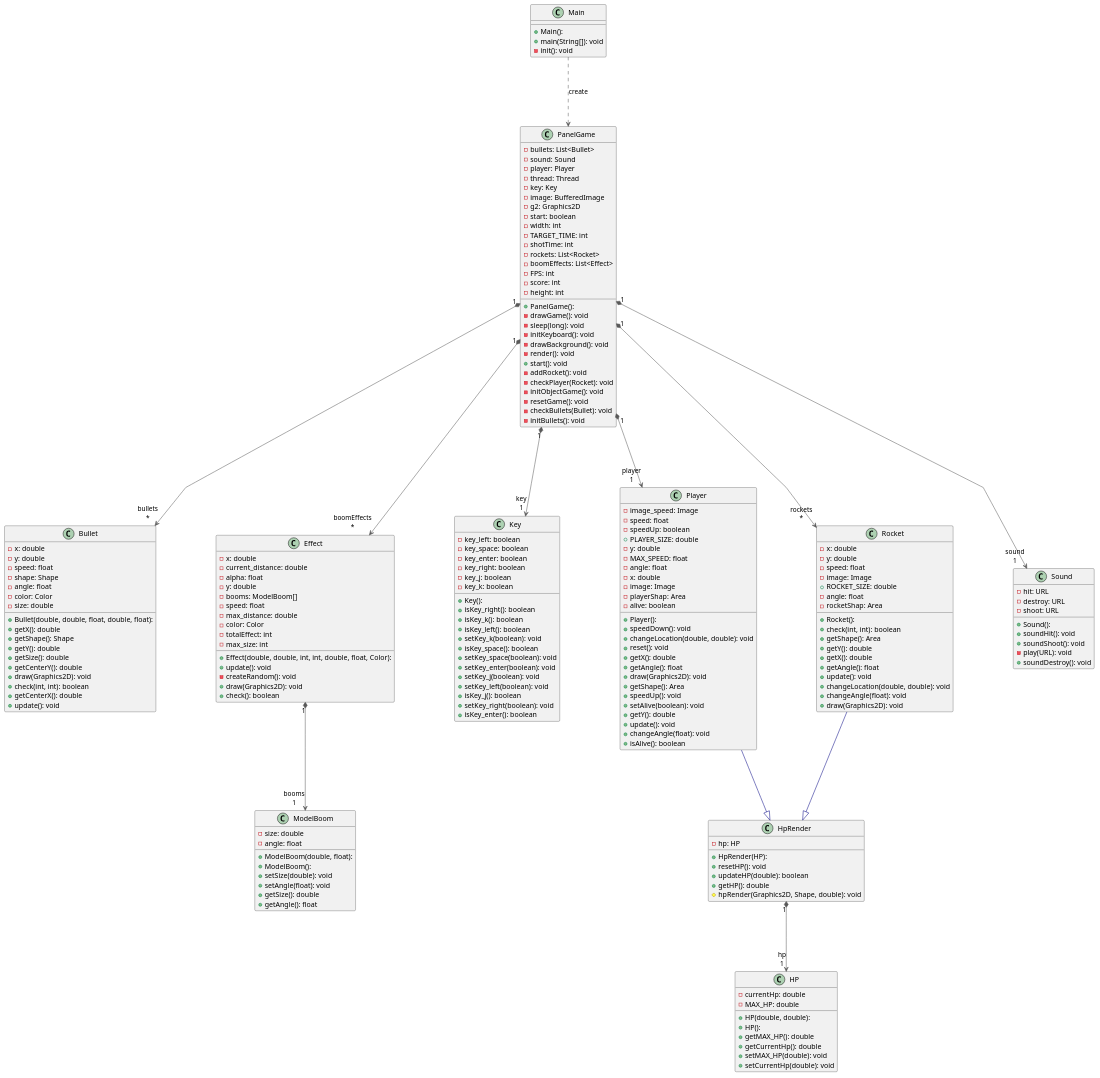
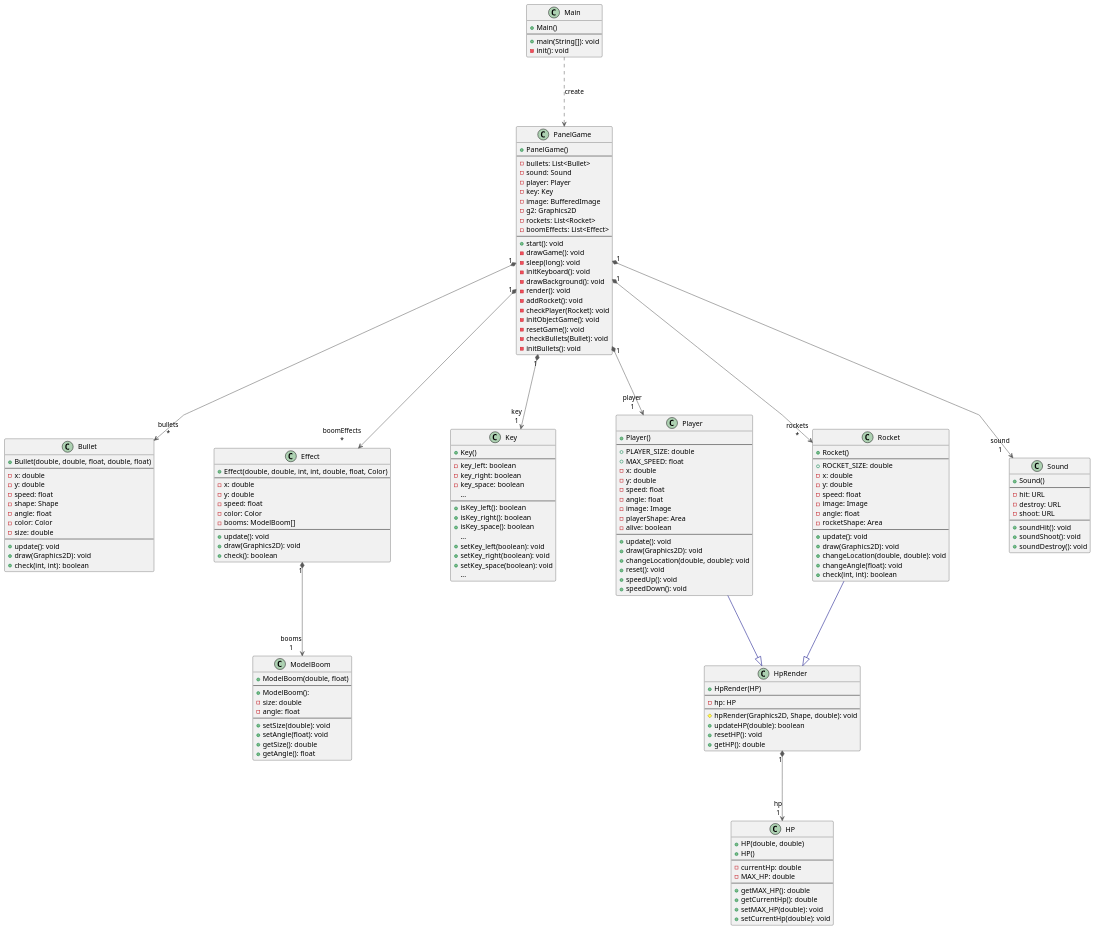
One commit to Sepax/DIT954 changed the diagram in Labs/Analysis Lab/uml/src.plantuml. Above: the diagram before and after it, drawn with PlantUML.

Commit message:
simplify uml

```diff
--- a/Labs/Analysis Lab/uml/src.plantuml
+++ b/Labs/Analysis Lab/uml/src.plantuml
@@ -1,196 +1,177 @@
 @startuml plane-game
 top to bottom direction
 skinparam nodesep 120
 skinparam ranksep 120
 skinparam linetype polyline
 
 class Bullet {
-  + Bullet(double, double, float, double, float): 
+  + Bullet(double, double, float, double, float)
+  ----
   - x: double
   - y: double
   - speed: float
   - shape: Shape
   - angle: float
   - color: Color
   - size: double
-  + getX(): double
-  + getShape(): Shape
-  + getY(): double
-  + getSize(): double
-  + getCenterY(): double
+  ----
+  + update(): void
   + draw(Graphics2D): void
   + check(int, int): boolean
-  + getCenterX(): double
-  + update(): void
 }
 class Effect {
-  + Effect(double, double, int, int, double, float, Color): 
+  + Effect(double, double, int, int, double, float, Color)
+  ----
   - x: double
-  - current_distance: double
-  - alpha: float
   - y: double
+  - speed: float
+  - color: Color
   - booms: ModelBoom[]
-  - speed: float
-  - max_distance: double
-  - color: Color
-  - totalEffect: int
-  - max_size: int
+  ----
   + update(): void
-  - createRandom(): void
   + draw(Graphics2D): void
   + check(): boolean
 }
 class HP {
-  + HP(double, double): 
-  + HP(): 
+  + HP(double, double)
+  + HP()
+  ----
   - currentHp: double
   - MAX_HP: double
+  ----
   + getMAX_HP(): double
   + getCurrentHp(): double
   + setMAX_HP(double): void
   + setCurrentHp(double): void
 }
 class HpRender {
-  + HpRender(HP): 
+  + HpRender(HP)
+  ----
   - hp: HP
+  ----
+  # hpRender(Graphics2D, Shape, double): void
+  + updateHP(double): boolean
   + resetHP(): void
-  + updateHP(double): boolean
   + getHP(): double
-  # hpRender(Graphics2D, Shape, double): void
 }
 class Key {
-  + Key(): 
+  + Key()
+  ----
   - key_left: boolean
+  - key_right: boolean
   - key_space: boolean
-  - key_enter: boolean
-  - key_right: boolean
-  - key_j: boolean
-  - key_k: boolean
+  ...
+  ----
+  + isKey_left(): boolean
   + isKey_right(): boolean
-  + isKey_k(): boolean
-  + isKey_left(): boolean
-  + setKey_k(boolean): void
   + isKey_space(): boolean
+  ...
+  + setKey_left(boolean): void
+  + setKey_right(boolean): void
   + setKey_space(boolean): void
-  + setKey_enter(boolean): void
-  + setKey_j(boolean): void
-  + setKey_left(boolean): void
-  + isKey_j(): boolean
-  + setKey_right(boolean): void
-  + isKey_enter(): boolean
+  ...
 }
 class Main {
-  + Main(): 
+  + Main()
+  ----
   + main(String[]): void
   - init(): void
 }
 class ModelBoom {
-  + ModelBoom(double, float): 
+  + ModelBoom(double, float)
+  ----
   + ModelBoom(): 
   - size: double
   - angle: float
+  ----
   + setSize(double): void
   + setAngle(float): void
   + getSize(): double
   + getAngle(): float
 }
 class PanelGame {
-  + PanelGame(): 
+  + PanelGame()
+  ----
   - bullets: List<Bullet>
   - sound: Sound
   - player: Player
-  - thread: Thread
   - key: Key
   - image: BufferedImage
   - g2: Graphics2D
-  - start: boolean
-  - width: int
-  - TARGET_TIME: int
-  - shotTime: int
   - rockets: List<Rocket>
   - boomEffects: List<Effect>
-  - FPS: int
-  - score: int
-  - height: int
+  ----
+  + start(): void
   - drawGame(): void
   - sleep(long): void
   - initKeyboard(): void
   - drawBackground(): void
   - render(): void
-  + start(): void
   - addRocket(): void
   - checkPlayer(Rocket): void
   - initObjectGame(): void
   - resetGame(): void
   - checkBullets(Bullet): void
   - initBullets(): void
 }
 class Player {
-  + Player(): 
-  - image_speed: Image
+  + Player()
+  ----
+  + PLAYER_SIZE: double
+  + MAX_SPEED: float
+  - x: double
+  - y: double
   - speed: float
-  - speedUp: boolean
-  + PLAYER_SIZE: double
-  - y: double
-  - MAX_SPEED: float
   - angle: float
-  - x: double
   - image: Image
-  - playerShap: Area
+  - playerShape: Area
   - alive: boolean
-  + speedDown(): void
+  ----
+  + update(): void
+  + draw(Graphics2D): void
   + changeLocation(double, double): void
   + reset(): void
-  + getX(): double
-  + getAngle(): float
-  + draw(Graphics2D): void
-  + getShape(): Area
   + speedUp(): void
-  + setAlive(boolean): void
-  + getY(): double
-  + update(): void
-  + changeAngle(float): void
-  + isAlive(): boolean
+  + speedDown(): void
 }
 class Rocket {
-  + Rocket(): 
+  + Rocket()
+  ----
+  + ROCKET_SIZE: double
   - x: double
   - y: double
   - speed: float
   - image: Image
-  + ROCKET_SIZE: double
   - angle: float
-  - rocketShap: Area
-  + check(int, int): boolean
-  + getShape(): Area
-  + getY(): double
-  + getX(): double
-  + getAngle(): float
+  - rocketShape: Area
+  ----
   + update(): void
+  + draw(Graphics2D): void
   + changeLocation(double, double): void
   + changeAngle(float): void
-  + draw(Graphics2D): void
+  + check(int, int): boolean
 }
 class Sound {
-  + Sound(): 
+  + Sound()
+  ----
   - hit: URL
   - destroy: URL
   - shoot: URL
+  ----
   + soundHit(): void
   + soundShoot(): void
-  - play(URL): void
   + soundDestroy(): void
 }
 
 Effect    "1" *-[#595959,plain]-> "booms\n1" ModelBoom 
 HpRender  "1" *-[#595959,plain]-> "hp\n1" HP        
 Main       -[#595959,dashed]->  PanelGame : "«create»"
 PanelGame "1" *-[#595959,plain]-> "bullets\n*" Bullet    
 PanelGame "1" *-[#595959,plain]-> "boomEffects\n*" Effect    
 PanelGame "1" *-[#595959,plain]-> "key\n1" Key       
 PanelGame "1" *-[#595959,plain]-> "player\n1" Player    
 PanelGame "1" *-[#595959,plain]-> "rockets\n*" Rocket    
 PanelGame "1" *-[#595959,plain]-> "sound\n1" Sound     
 Player     -[#000082,plain]-^  HpRender  
 Rocket     -[#000082,plain]-^  HpRender  
 @enduml
```
